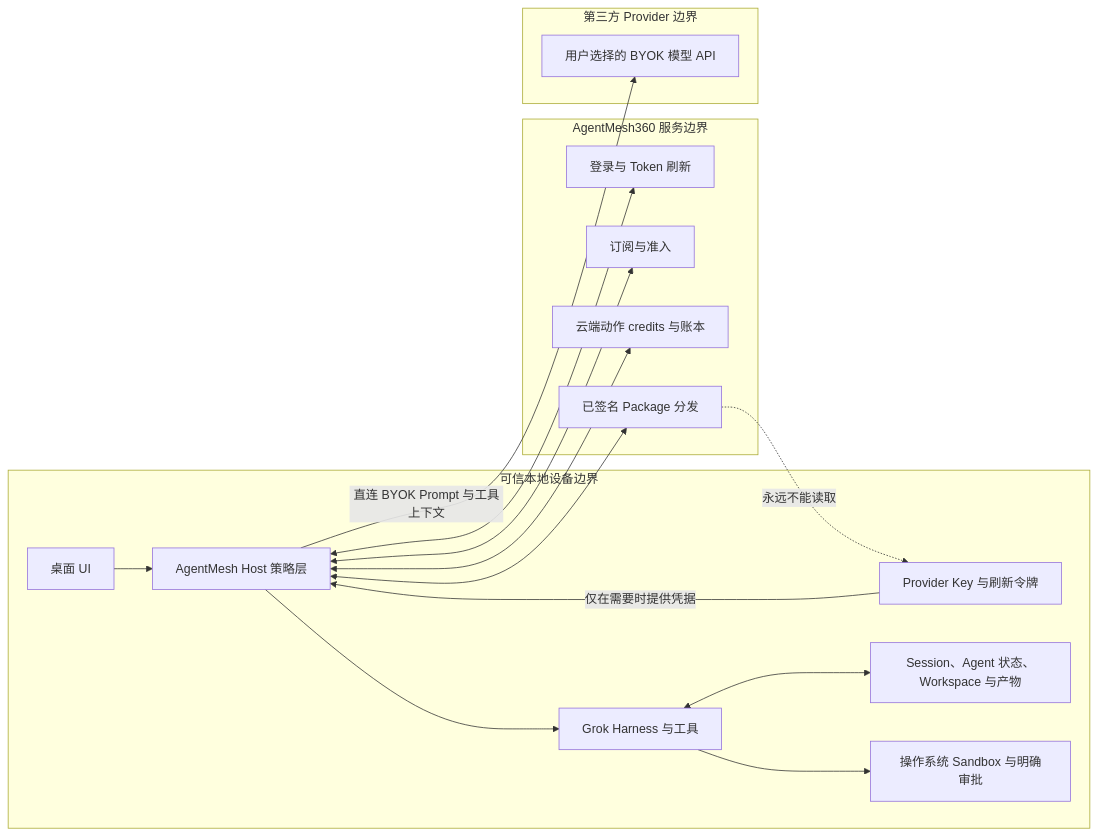
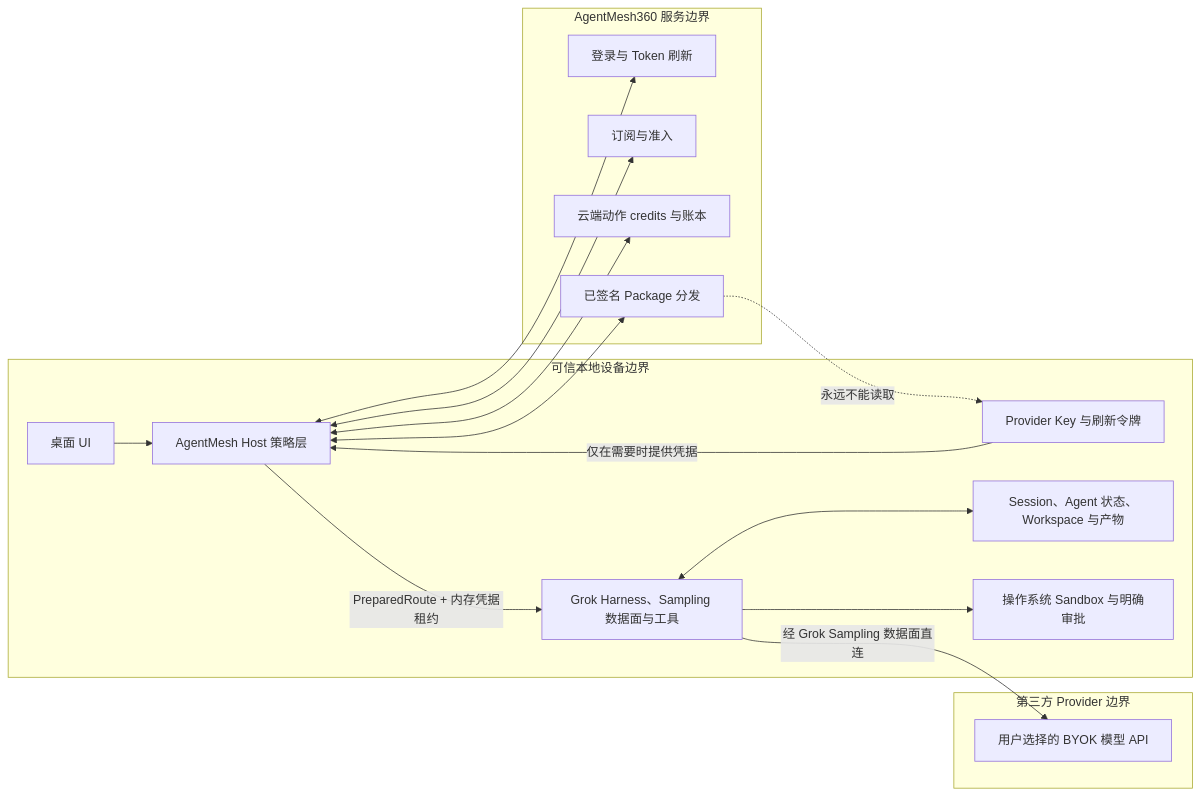
The eighth of 8 diagrams in docs/architecture/PRODUCT_BLUEPRINT.md (jiyangnan/AgentMesh360-Client), drawn with Mermaid before and after one commit. The commit also changed other lines of this file and 16 other files, not shown here.

````diff
--- a/docs/architecture/PRODUCT_BLUEPRINT.md
+++ b/docs/architecture/PRODUCT_BLUEPRINT.md
@@ -404,35 +423,35 @@
 ```mermaid
 flowchart LR
     subgraph DEVICE["可信本地设备边界"]
         UI["桌面 UI"]
         HOST["AgentMesh Host 策略层"]
-        HARNESS["Grok Harness 与工具"]
+        HARNESS["Grok Harness、Sampling 数据面与工具"]
         KEYCHAIN["Provider Key 与刷新令牌"]
         LOCAL_DATA["Session、Agent 状态、Workspace 与产物"]
         SANDBOX["操作系统 Sandbox 与明确审批"]
     end
 
     subgraph AGENTMESH["AgentMesh360 服务边界"]
         IDENTITY["登录与 Token 刷新"]
         SUBSCRIPTION["订阅与准入"]
         CREDITS["云端动作 credits 与账本"]
         PACKAGES["已签名 Package 分发"]
     end
 
     subgraph THIRD_PARTY["第三方 Provider 边界"]
         MODEL["用户选择的 BYOK 模型 API"]
     end
 
     UI --> HOST
-    HOST --> HARNESS
     HARNESS --> SANDBOX
     KEYCHAIN -->|"仅在需要时提供凭据"| HOST
     HARNESS <--> LOCAL_DATA
     HOST <--> IDENTITY
     HOST <--> SUBSCRIPTION
     HOST <--> CREDITS
     HOST <--> PACKAGES
-    HOST -->|"直连 BYOK Prompt 与工具上下文"| MODEL
+    HOST -->|"PreparedRoute + 内存凭据租约"| HARNESS
+    HARNESS -->|"经 Grok Sampling 数据面直连"| MODEL
 
     PACKAGES -. "永远不能读取" .-> KEYCHAIN
 ```
````
